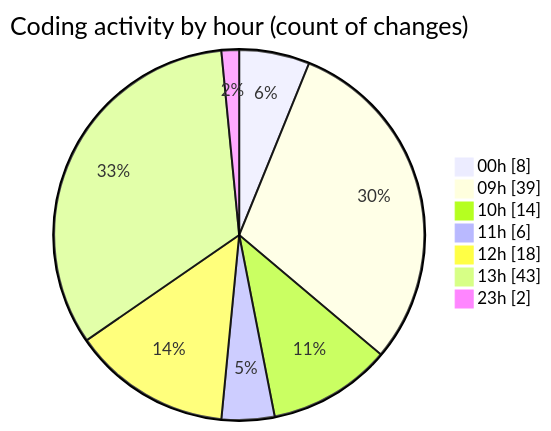
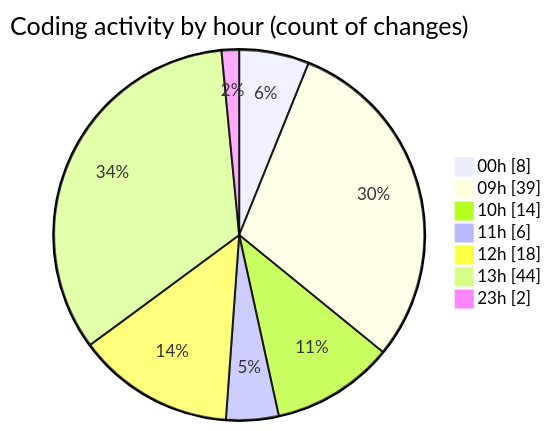
Before and after one commit to momahboobian/code-tracking: the second of 2 diagrams in 2025-12-18/cda/README.md, drawn with Mermaid. The commit also changed other lines of this file and 1 other file, not shown here.

````diff
--- a/2025-12-18/cda/README.md
+++ b/2025-12-18/cda/README.md
@@ -72,11 +72,11 @@
 ```mermaid
 pie showData
 title Coding activity by hour (count of changes)
 "00h" : 8
 "09h" : 39
 "10h" : 14
 "11h" : 6
 "12h" : 18
-"13h" : 43
+"13h" : 44
 "23h" : 2
 ```
````
